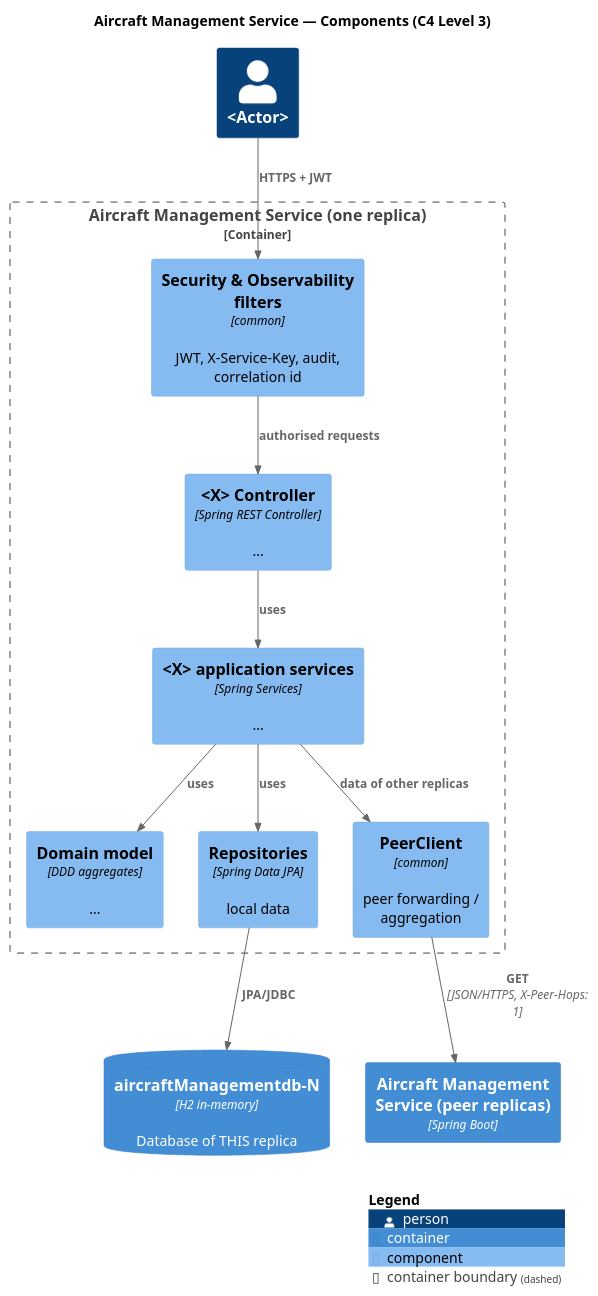
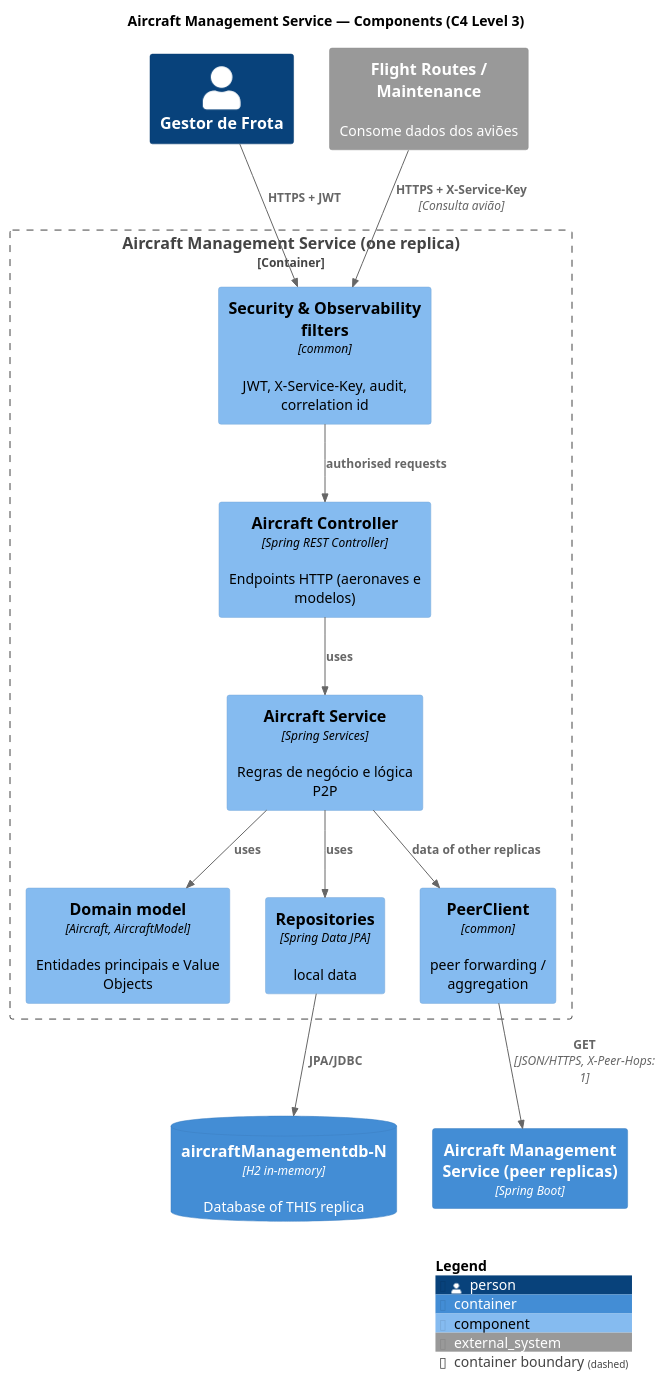
The diagram in docs/3-components/aircraftmanagement/puml/C4-L3-AircraftManagement-Components.puml (caetanotiago/Project_SIDIS), drawn with PlantUML before and after one commit. The commit also changed 35 other files, not shown here.

```diff
--- a/docs/3-components/aircraftmanagement/puml/C4-L3-AircraftManagement-Components.puml
+++ b/docs/3-components/aircraftmanagement/puml/C4-L3-AircraftManagement-Components.puml
@@ -1,29 +1,32 @@
 @startuml C4-L3-AircraftManagement-Components
 !include <C4/C4_Component>
 LAYOUT_TOP_DOWN()
 title Aircraft Management Service — Components (C4 Level 3)
 
-Person(user, "<Actor>")
+Person(user, "Gestor de Frota")
+System_Ext(flightRoutes, "Flight Routes / Maintenance", "Consome dados dos aviões")
+
 Container(peer, "Aircraft Management Service (peer replicas)", "Spring Boot")
 ContainerDb(db, "aircraftManagementdb-N", "H2 in-memory", "Database of THIS replica")
 
 Container_Boundary(svc, "Aircraft Management Service (one replica)") {
     Component(sec, "Security & Observability filters", "common", "JWT, X-Service-Key, audit, correlation id")
-    Component(ctrl, "<X> Controller", "Spring REST Controller", "...")
-    Component(app, "<X> application services", "Spring Services", "...")
-    Component(domain, "Domain model", "DDD aggregates", "...")
+    Component(ctrl, "Aircraft Controller", "Spring REST Controller", "Endpoints HTTP (aeronaves e modelos)")
+    Component(app, "Aircraft Service", "Spring Services", "Regras de negócio e lógica P2P")
+    Component(domain, "Domain model", "Aircraft, AircraftModel", "Entidades principais e Value Objects")
     Component(repos, "Repositories", "Spring Data JPA", "local data")
     Component(peerClient, "PeerClient", "common", "peer forwarding / aggregation")
 }
 
 Rel(user, sec, "HTTPS + JWT")
+Rel(flightRoutes, sec, "HTTPS + X-Service-Key", "Consulta avião")
 Rel(sec, ctrl, "authorised requests")
 Rel(ctrl, app, "uses")
 Rel(app, domain, "uses")
 Rel(app, repos, "uses")
 Rel(repos, db, "JPA/JDBC")
 Rel(app, peerClient, "data of other replicas")
 Rel(peerClient, peer, "GET", "JSON/HTTPS, X-Peer-Hops: 1")
 
 SHOW_LEGEND()
 @enduml
```
